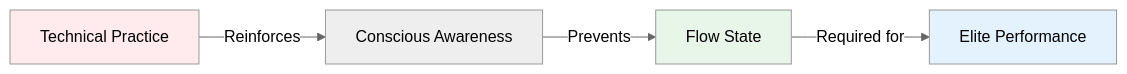
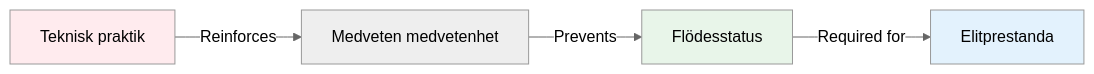
One commit to patwii/petanque-academy changed the diagram in docs/sv/articles/mental-vs-technical.md. Above: the diagram before and after it, drawn with Mermaid (neutral theme). The commit also changed other lines of this file and 550 other files, not shown here.

````diff
--- a/docs/sv/articles/mental-vs-technical.md
+++ b/docs/sv/articles/mental-vs-technical.md
@@ -48,10 +48,10 @@
 ```mermaid
 graph LR
-    A[Technical Practice] -->|Reinforces| B[Conscious Awareness]
-    B -->|Prevents| C[Flow State]
-    C -->|Required for| D[Elite Performance]
+    A[Teknisk praktik] -->|Reinforces| B[Medveten medvetenhet]
+    B -->|Prevents| C[Flödesstatus]
+    C -->|Required for| D[Elitprestanda]
     
     style A fill:#ffebee
     style C fill:#e8f5e9
     style D fill:#e3f2fd
 ```
````
